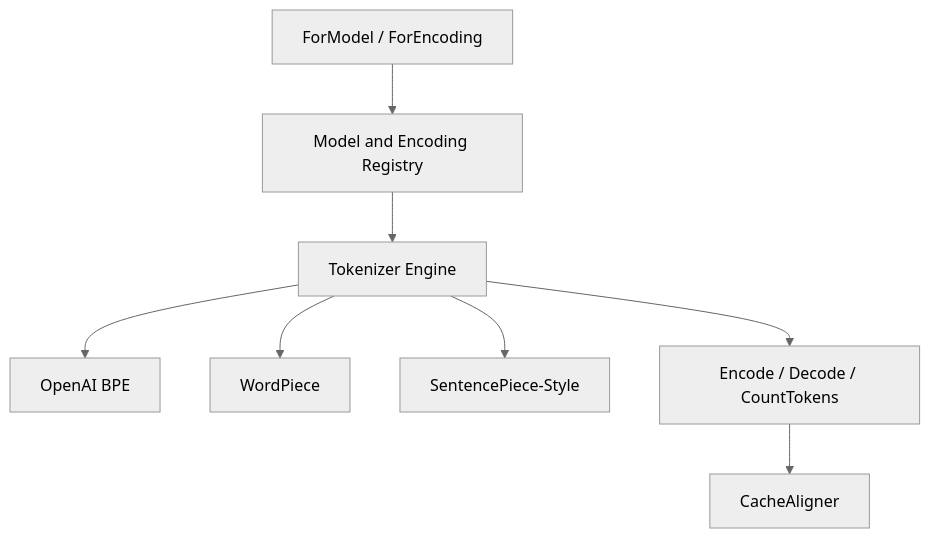
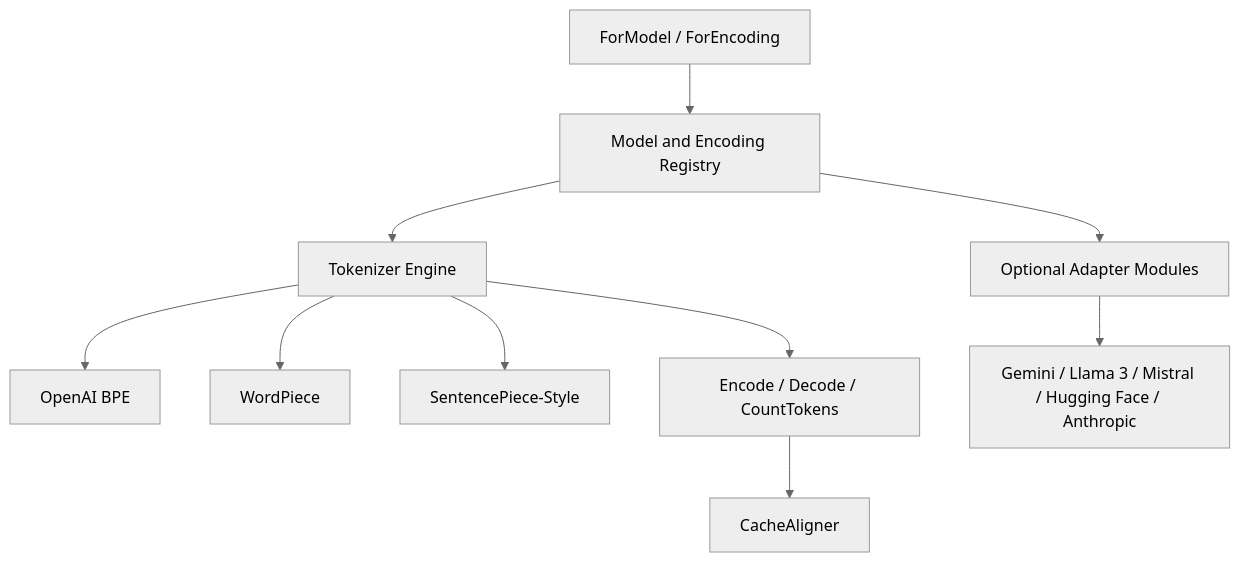
One commit to ron2111/omnitoken changed the diagram in docs/architecture.md. Above: the diagram before and after it, drawn with Mermaid (neutral theme). The commit also changed other lines of this file and 1 other file, not shown here.

````diff
--- a/docs/architecture.md
+++ b/docs/architecture.md
@@ -5,10 +5,12 @@
 ```mermaid
 flowchart TD
     A[ForModel / ForEncoding] --> B[Model and Encoding Registry]
     B --> C[Tokenizer Engine]
     C --> D[OpenAI BPE]
     C --> E[WordPiece]
     C --> F[SentencePiece-Style]
+    B --> I[Optional Adapter Modules]
+    I --> J[Gemini / Llama 3 / Mistral / Hugging Face / Anthropic]
     C --> G[Encode / Decode / CountTokens]
     G --> H[CacheAligner]
 ```
````
